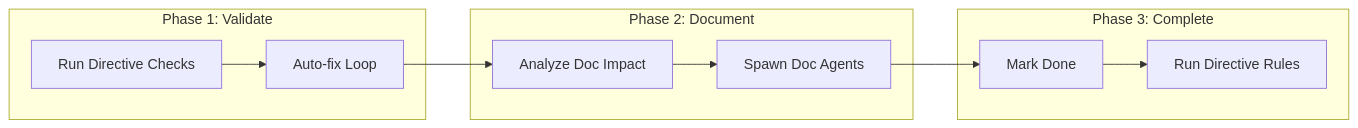
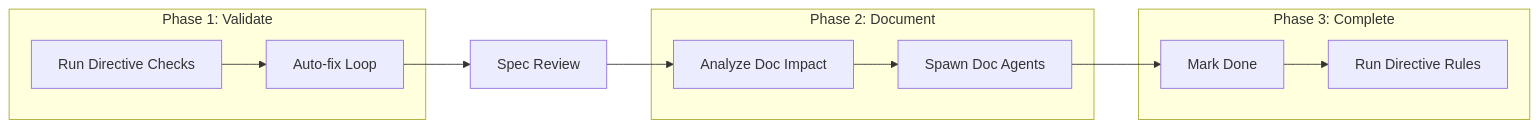
Before and after one commit to mattfletcher94/festinalente: the diagram in .festinalente/product/skills/finalize.md, drawn with Mermaid. The commit also changed other lines of this file and 2 other files, not shown here.

````diff
--- a/.festinalente/product/skills/finalize.md
+++ b/.festinalente/product/skills/finalize.md
@@ -29,23 +29,24 @@
 ```mermaid
 flowchart LR
     subgraph "Phase 1: Validate"
         Checks[Run Directive Checks]
         Fix[Auto-fix Loop]
     end
 
     subgraph "Phase 2: Document"
         Analyze[Analyze Doc Impact]
         Agents[Spawn Doc Agents]
     end
 
     subgraph "Phase 3: Complete"
         Done[Mark Done]
         Directives[Run Directive Rules]
     end
 
     Checks --> Fix
-    Fix --> Analyze
+    Fix --> Review[Spec Review]
+    Review --> Analyze
     Analyze --> Agents
     Agents --> Done
     Done --> Directives
 ```
````
